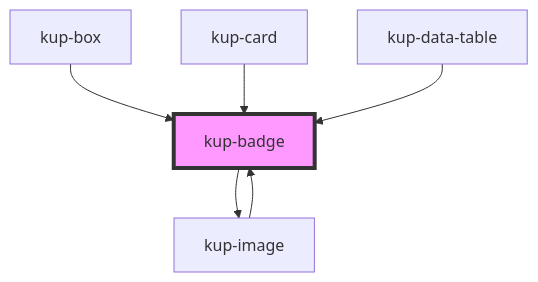
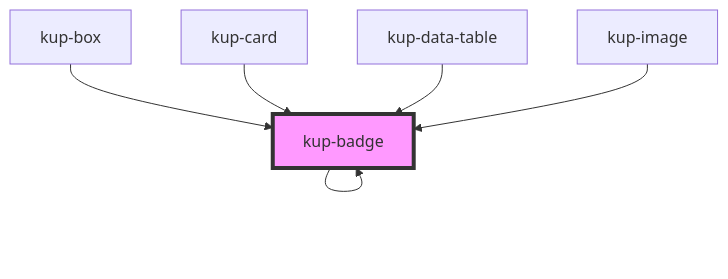
Before and after one commit to smeup/ketchup: the diagram in packages/ketchup/src/components/kup-badge/readme.md, drawn with Mermaid. The commit also changed other lines of this file and 11 other files, not shown here.

Commit message:
Removed kup-image from badge.

````diff
--- a/packages/ketchup/src/components/kup-badge/readme.md
+++ b/packages/ketchup/src/components/kup-badge/readme.md
@@ -49,9 +50,9 @@
 ```mermaid
 graph TD;
-  kup-badge --> kup-image
-  kup-image --> kup-badge
+  kup-badge --> kup-badge
   kup-box --> kup-badge
   kup-card --> kup-badge
   kup-data-table --> kup-badge
+  kup-image --> kup-badge
   style kup-badge fill:#f9f,stroke:#333,stroke-width:4px
 ```
````
